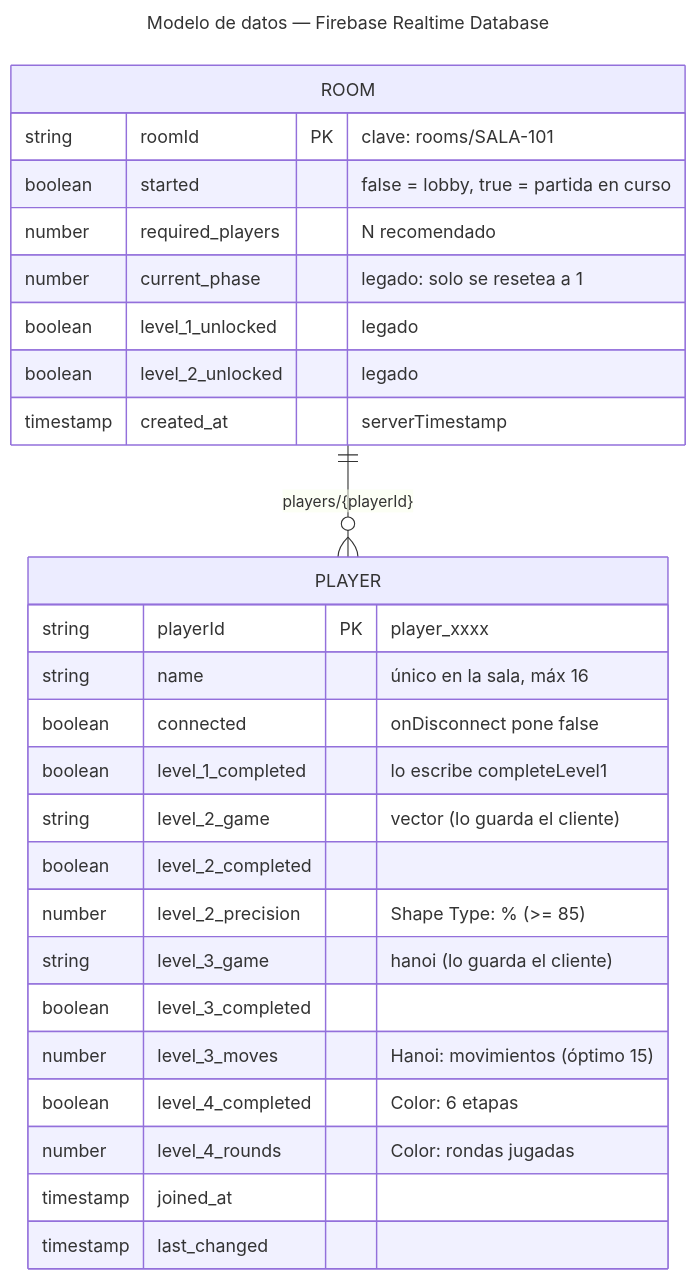
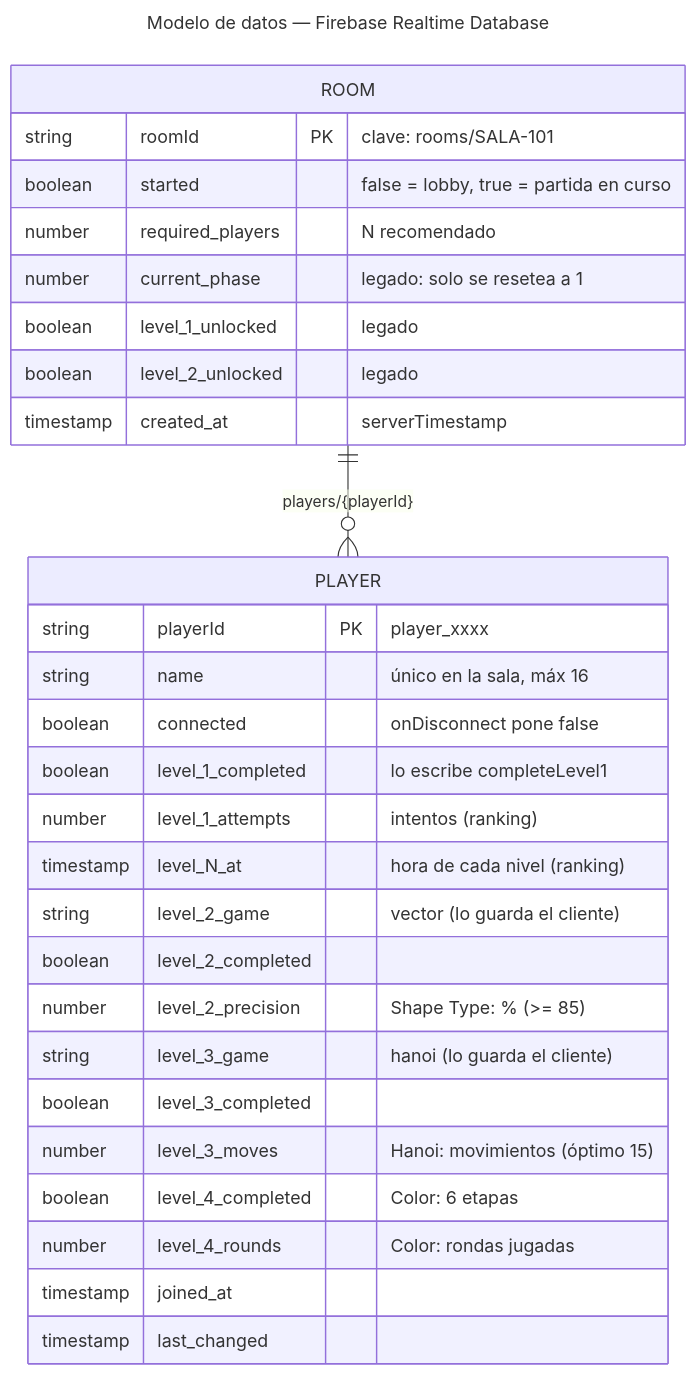
Before and after one commit to morphine75/escape_room: the diagram in docs/diagramas/fuentes/03-modelo-de-datos.mmd, drawn with Mermaid. The commit also changed 14 other files, not shown here.

```diff
--- a/docs/diagramas/fuentes/03-modelo-de-datos.mmd
+++ b/docs/diagramas/fuentes/03-modelo-de-datos.mmd
@@ -1,30 +1,32 @@
 ---
 title: Modelo de datos — Firebase Realtime Database
 ---
 erDiagram
   ROOM ||--o{ PLAYER : "players/{playerId}"
   ROOM {
     string roomId PK "clave: rooms/SALA-101"
     boolean started "false = lobby, true = partida en curso"
     number required_players "N recomendado"
     number current_phase "legado: solo se resetea a 1"
     boolean level_1_unlocked "legado"
     boolean level_2_unlocked "legado"
     timestamp created_at "serverTimestamp"
   }
   PLAYER {
     string playerId PK "player_xxxx"
     string name "único en la sala, máx 16"
     boolean connected "onDisconnect pone false"
     boolean level_1_completed "lo escribe completeLevel1"
+    number level_1_attempts "intentos (ranking)"
+    timestamp level_N_at "hora de cada nivel (ranking)"
     string level_2_game "vector (lo guarda el cliente)"
     boolean level_2_completed
     number level_2_precision "Shape Type: % (>= 85)"
     string level_3_game "hanoi (lo guarda el cliente)"
     boolean level_3_completed
     number level_3_moves "Hanoi: movimientos (óptimo 15)"
     boolean level_4_completed "Color: 6 etapas"
     number level_4_rounds "Color: rondas jugadas"
     timestamp joined_at
     timestamp last_changed
   }
```
